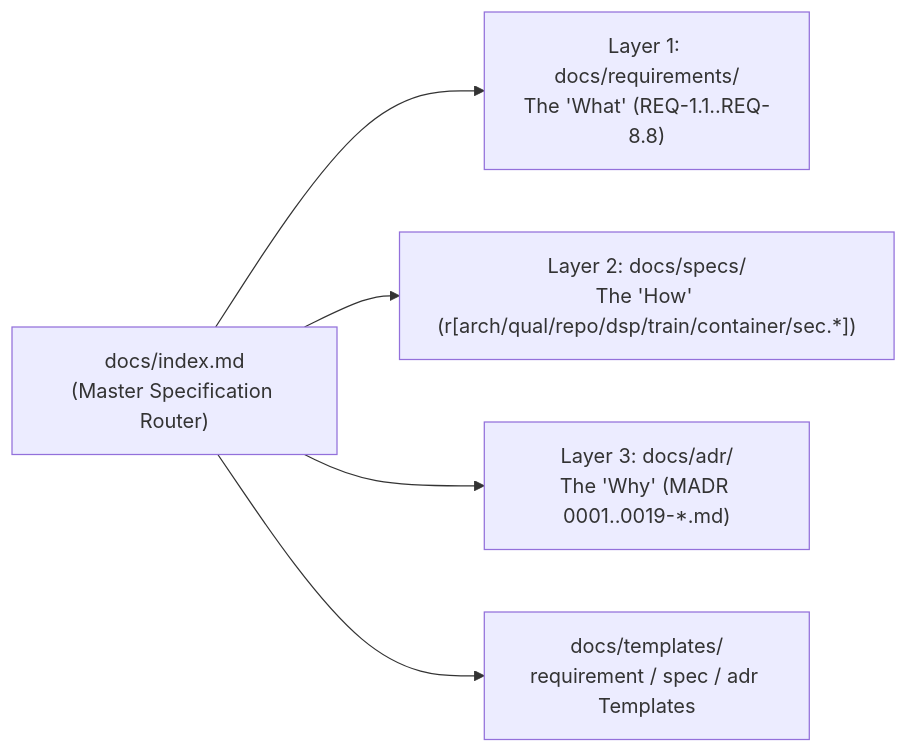
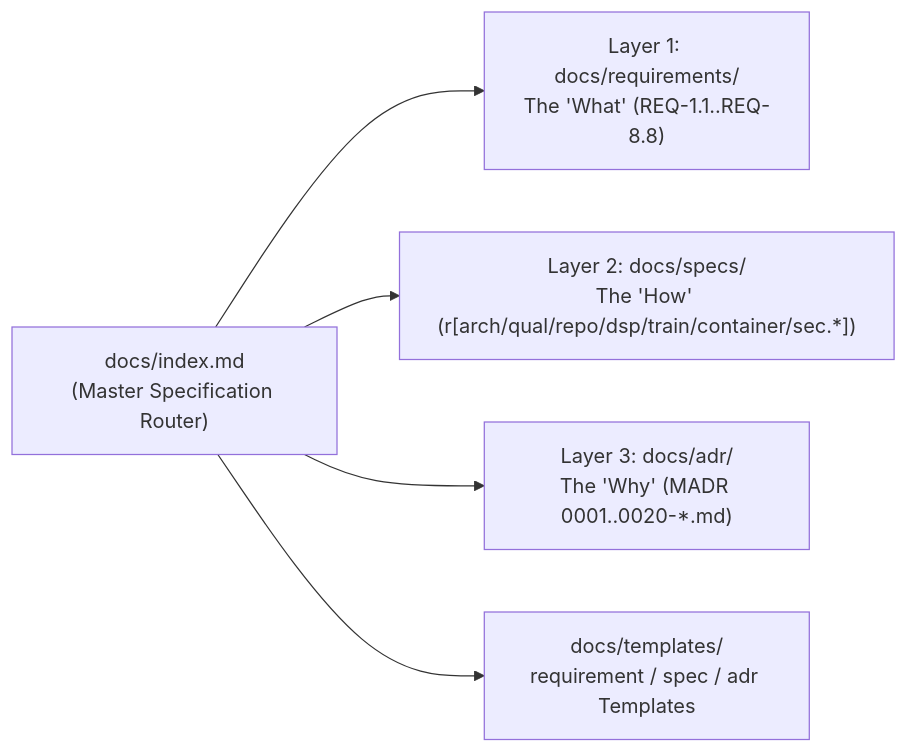
One commit to dnam-project/dnam changed the diagram in docs/CONTRIBUTING.md. Above: the diagram before and after it, drawn with Mermaid. The commit also changed other lines of this file and 232 other files, not shown here.

````diff
--- a/docs/CONTRIBUTING.md
+++ b/docs/CONTRIBUTING.md
@@ -25,7 +25,7 @@
 ```mermaid
 flowchart LR
     Idx["docs/index.md<br/>(Master Specification Router)"] --> L1["Layer 1: docs/requirements/<br/>The 'What' (REQ-1.1..REQ-8.8)"]
     Idx --> L2["Layer 2: docs/specs/<br/>The 'How' (r[arch/qual/repo/dsp/train/container/sec.*])"]
-    Idx --> L3["Layer 3: docs/adr/<br/>The 'Why' (MADR 0001..0019-*.md)"]
+    Idx --> L3["Layer 3: docs/adr/<br/>The 'Why' (MADR 0001..0020-*.md)"]
     Idx --> Tmpl["docs/templates/<br/>requirement / spec / adr Templates"]
 ```
````
